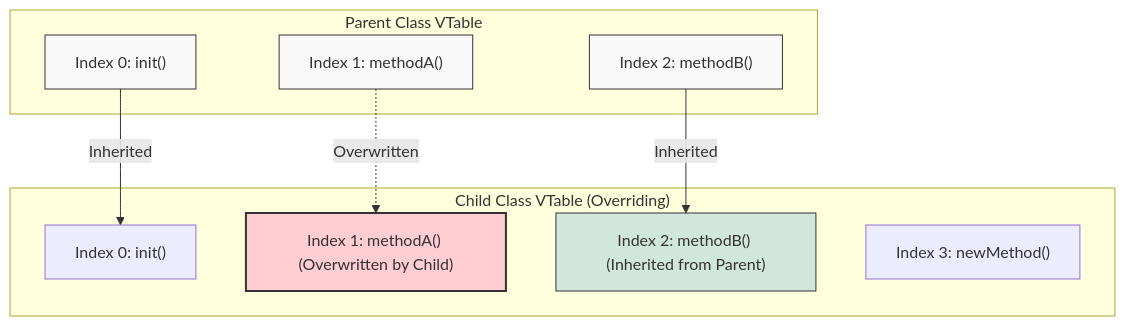
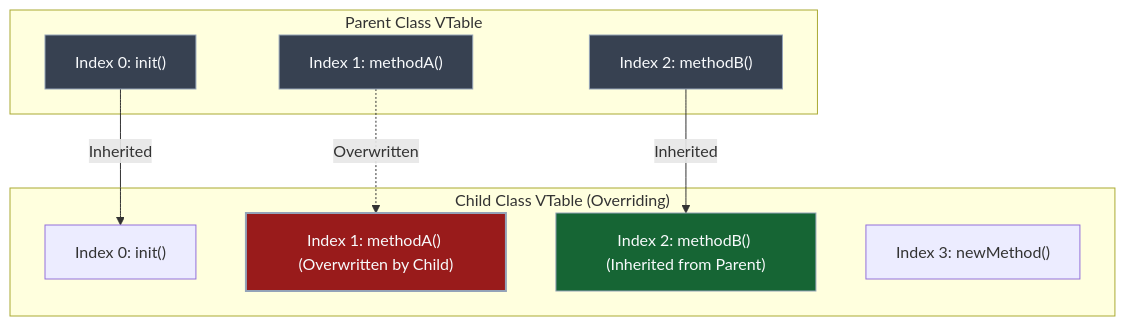
Before and after one commit to Kang-Hyesung/kang-hyesung.github.io: the second of 2 diagrams in _posts/java/05-Inheritance/2026-01-04-메서드-바인딩.md, drawn with Mermaid. The commit also changed other lines of this file and 74 other files, not shown here.

Commit message:
docs: update post visibility and mermaid colors

````diff
--- a/_posts/java/05-Inheritance/2026-01-04-메서드-바인딩.md
+++ b/_posts/java/05-Inheritance/2026-01-04-메서드-바인딩.md
@@ -64,27 +64,27 @@
 ```mermaid
 graph TD
     subgraph "Parent Class VTable"
         P1["Index 0: init()"]
         P2["Index 1: methodA()"]
         P3["Index 2: methodB()"]
     end
 
     subgraph "Child Class VTable (Overriding)"
         C1["Index 0: init()"]
         C2["Index 1: methodA() (Overwritten by Child)"]
         C3["Index 2: methodB() (Inherited from Parent)"]
         C4["Index 3: newMethod()"]
     end
 
     P1 -->|Inherited| C1
     P2 -.->|Overwritten| C2
     P3 -->|Inherited| C3
 
     %% 스타일 정의
-    style P1 fill:#f9f9f9,stroke:#333
-    style P2 fill:#f9f9f9,stroke:#333
-    style P3 fill:#f9f9f9,stroke:#333
-    style C2 fill:#ffcdd2,stroke:#333,stroke-width:2px
-    style C3 fill:#d1e7dd,stroke:#333
+    style P1 fill:#374151,stroke:#94a3b8,color:#f8fafc
+    style P2 fill:#374151,stroke:#94a3b8,color:#f8fafc
+    style P3 fill:#374151,stroke:#94a3b8,color:#f8fafc
+    style C2 fill:#991b1b,stroke:#94a3b8,stroke-width:2px,color:#f8fafc
+    style C3 fill:#166534,stroke:#94a3b8,color:#f8fafc
 
 ```
````
